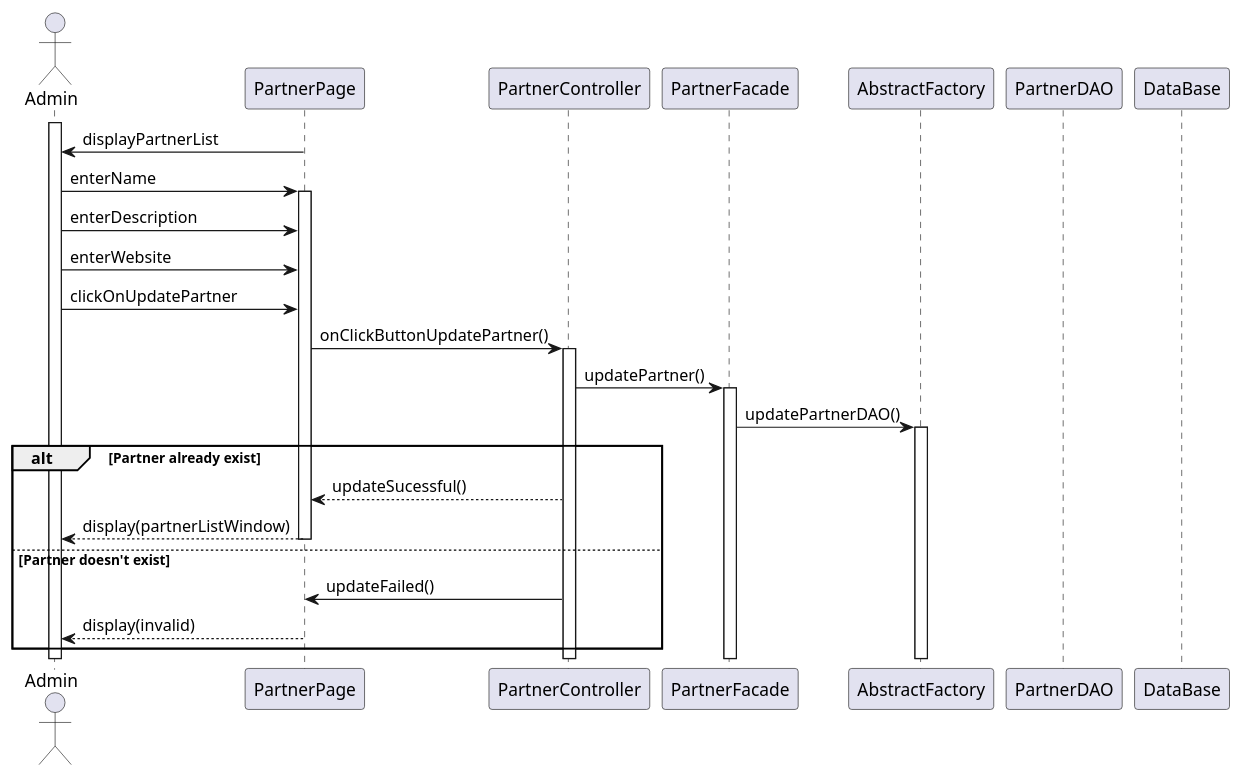
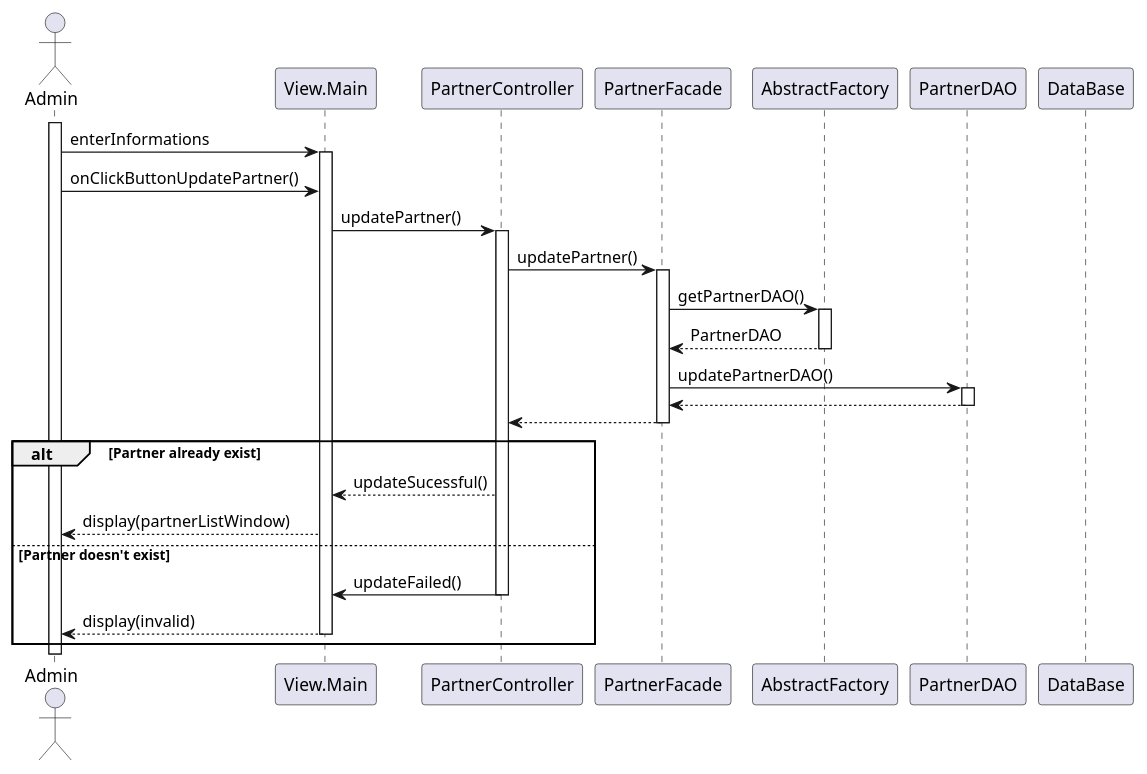
Before and after one commit to iusildra/WineCellar: the second of 3 diagrams in doc/reports/final/partners/partners_sequenceDiagram.plantUML, drawn with PlantUML. The commit also changed other lines of this file and 1 other file, not shown here.

Commit message:
MAJ diagrammes partners

```diff
--- a/doc/reports/final/partners/partners_sequenceDiagram.plantUML
+++ b/doc/reports/final/partners/partners_sequenceDiagram.plantUML
@@ -37,31 +36,32 @@
-@startuml
+@startuml <Update Partner>
 skinparam responseMessageBelowArrow true
 
 actor Admin
-participant PartnerPage
+participant View.Main
 participant PartnerController
 participant PartnerFacade
 participant AbstractFactory
 participant PartnerDAO
 participant DataBase
 
 activate Admin
 
-PartnerPage -> Admin: displayPartnerList
-Admin -> PartnerPage++: enterName
-Admin -> PartnerPage: enterDescription
-Admin -> PartnerPage: enterWebsite
-Admin -> PartnerPage: clickOnUpdatePartner
-PartnerPage -> PartnerController++: onClickButtonUpdatePartner()
+Admin -> View.Main++: enterInformations
+Admin -> View.Main: onClickButtonUpdatePartner()
+View.Main -> PartnerController++: updatePartner()
 PartnerController -> PartnerFacade++: updatePartner()
-PartnerFacade -> AbstractFactory++: updatePartnerDAO()
+PartnerFacade -> AbstractFactory++: getPartnerDAO()
+return PartnerDAO
+PartnerFacade -> PartnerDAO++: updatePartnerDAO()
+return
+return
 
 alt Partner already exist
-    PartnerController --> PartnerPage: updateSucessful()
-    PartnerPage --> Admin--: display(partnerListWindow)
+    PartnerController --> View.Main: updateSucessful()
+    View.Main --> Admin: display(partnerListWindow)
 else Partner doesn't exist
-    PartnerController -> PartnerPage: updateFailed()
-    PartnerPage --> Admin--: display(invalid)
+    PartnerController -> View.Main--: updateFailed()
+    View.Main --> Admin--: display(invalid)
 end
 
 @enduml
```
